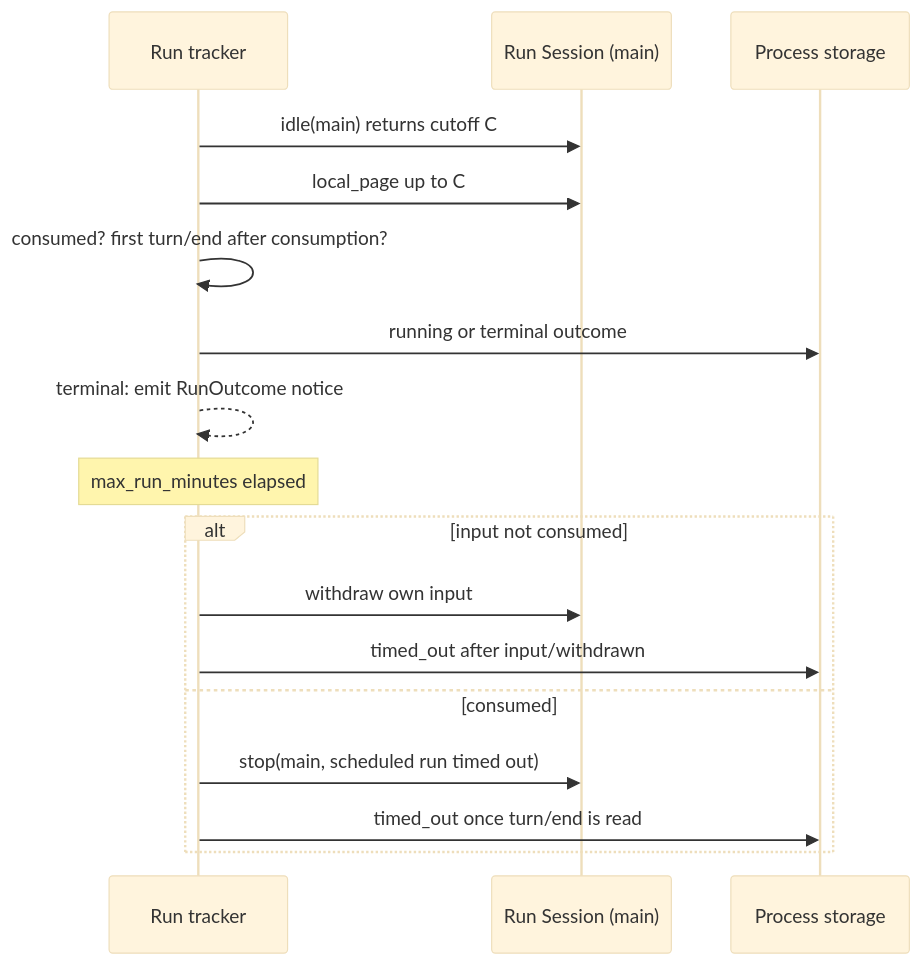
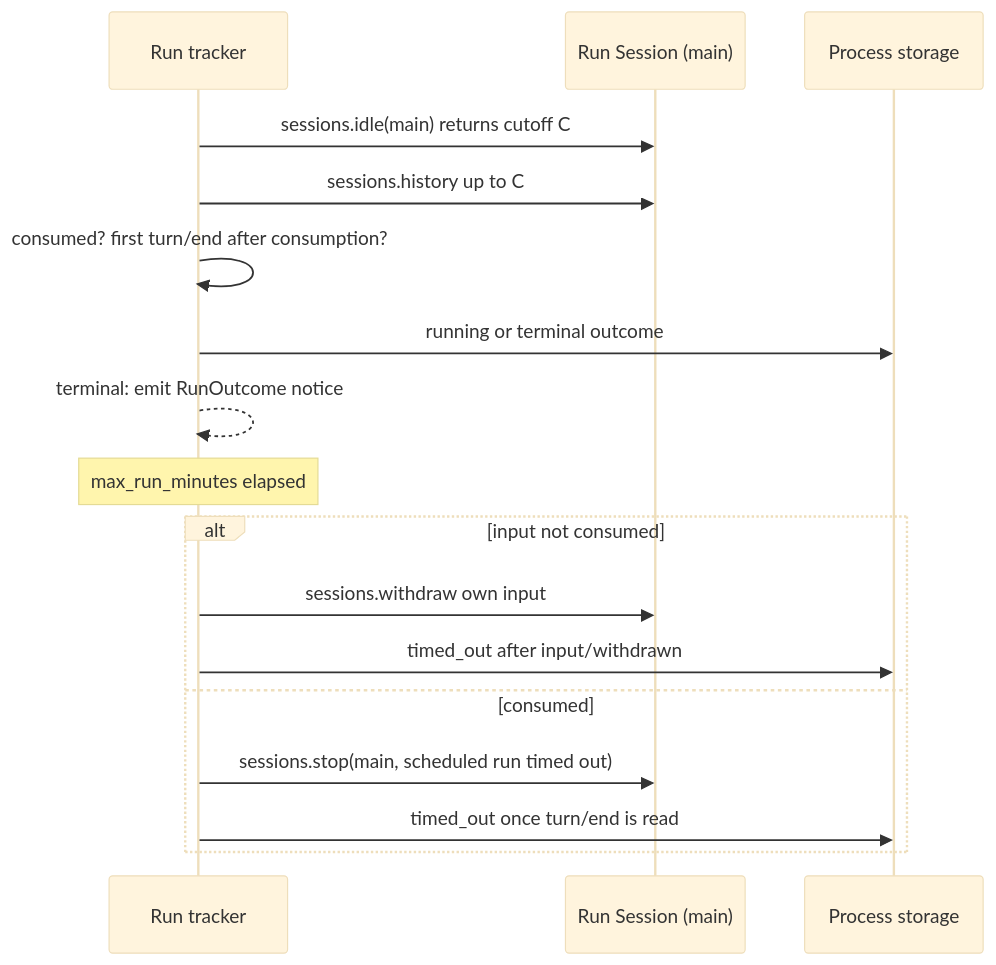
The fourth of 6 diagrams in docs/design/plugins/Scheduler.md (CoutinhoTTS/dim-agent), drawn with Mermaid (base theme) before and after one commit. The commit also changed other lines of this file and 3 other files, not shown here.

````diff
--- a/docs/design/plugins/Scheduler.md
+++ b/docs/design/plugins/Scheduler.md
@@ -107,19 +105,19 @@
 ```mermaid
 sequenceDiagram
   participant R as Run tracker
   participant S as Run Session (main)
   participant ST as Process storage
-  R->>S: idle(main) returns cutoff C
-  R->>S: local_page up to C
+  R->>S: sessions.idle(main) returns cutoff C
+  R->>S: sessions.history up to C
   R->>R: consumed? first turn/end after consumption?
   R->>ST: running or terminal outcome
   R-->>R: terminal: emit RunOutcome notice
   Note over R: max_run_minutes elapsed
   alt input not consumed
-    R->>S: withdraw own input
+    R->>S: sessions.withdraw own input
     R->>ST: timed_out after input/withdrawn
   else consumed
-    R->>S: stop(main, scheduled run timed out)
+    R->>S: sessions.stop(main, scheduled run timed out)
     R->>ST: timed_out once turn/end is read
   end
 ```
````
